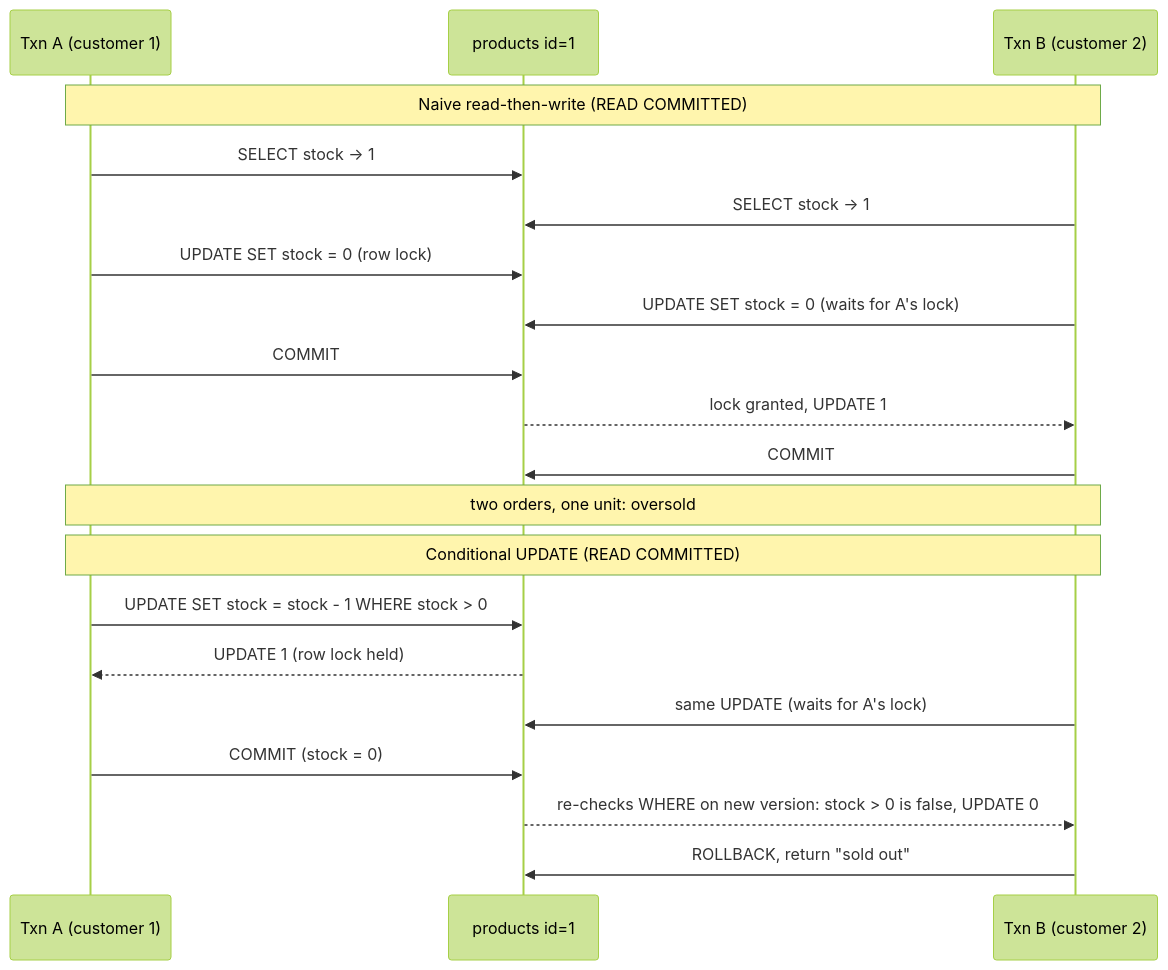
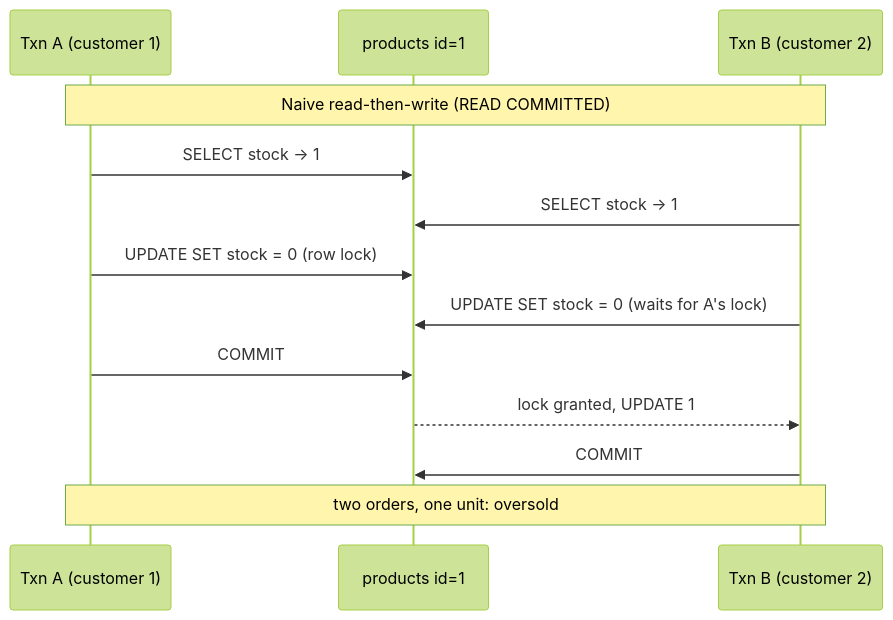
Before and after one commit to PriyanshuMidha/System_Design_notes: the tenth of 17 diagrams in 07 Databases/Transactions and ACID.md, drawn with Mermaid (forest theme). The commit also changed other lines of this file and 215 other files, not shown here.

````diff
--- a/07 Databases/Transactions and ACID.md
+++ b/07 Databases/Transactions and ACID.md
@@ -180,22 +295,15 @@
 ```mermaid
 sequenceDiagram
     participant A as Txn A (customer 1)
     participant DB as products id=1
     participant B as Txn B (customer 2)
     Note over A,B: Naive read-then-write (READ COMMITTED)
     A->>DB: SELECT stock -> 1
     B->>DB: SELECT stock -> 1
     A->>DB: UPDATE SET stock = 0 (row lock)
     B->>DB: UPDATE SET stock = 0 (waits for A's lock)
     A->>DB: COMMIT
     DB-->>B: lock granted, UPDATE 1
     B->>DB: COMMIT
     Note over A,B: two orders, one unit: oversold
-    Note over A,B: Conditional UPDATE (READ COMMITTED)
-    A->>DB: UPDATE SET stock = stock - 1 WHERE stock > 0
-    DB-->>A: UPDATE 1 (row lock held)
-    B->>DB: same UPDATE (waits for A's lock)
-    A->>DB: COMMIT (stock = 0)
-    DB-->>B: re-checks WHERE on new version: stock > 0 is false, UPDATE 0
-    B->>DB: ROLLBACK, return "sold out"
 ```
````
